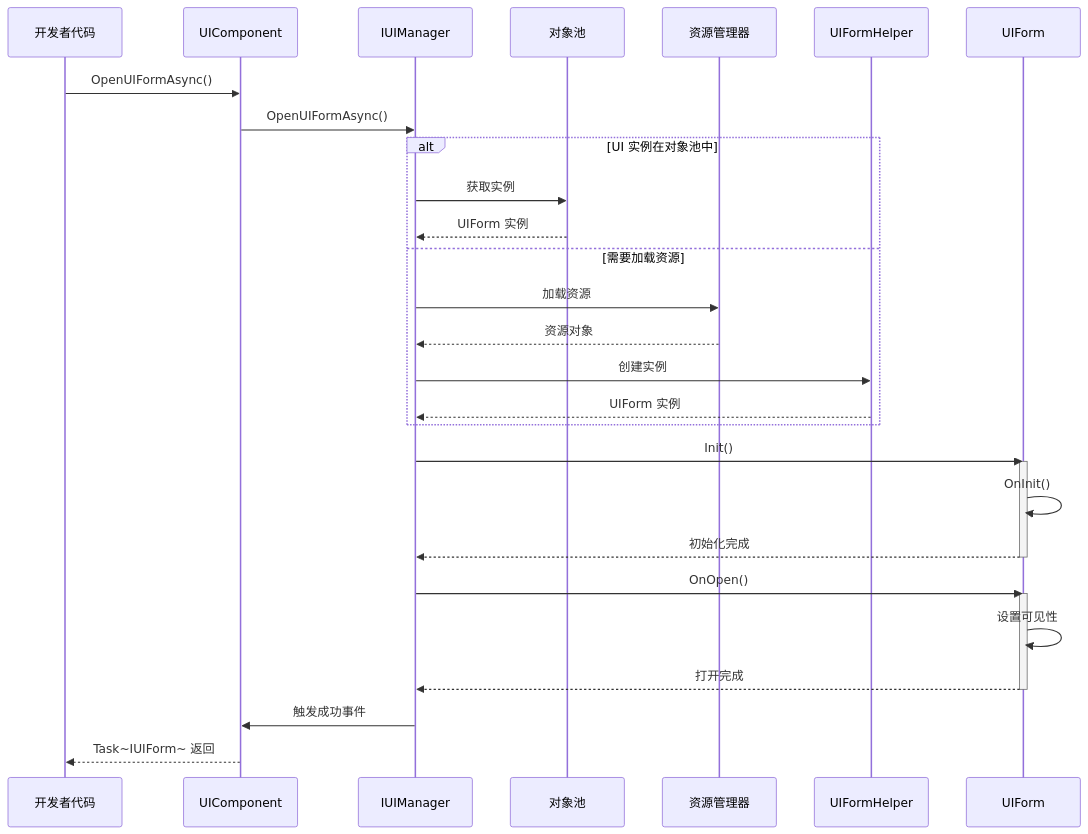
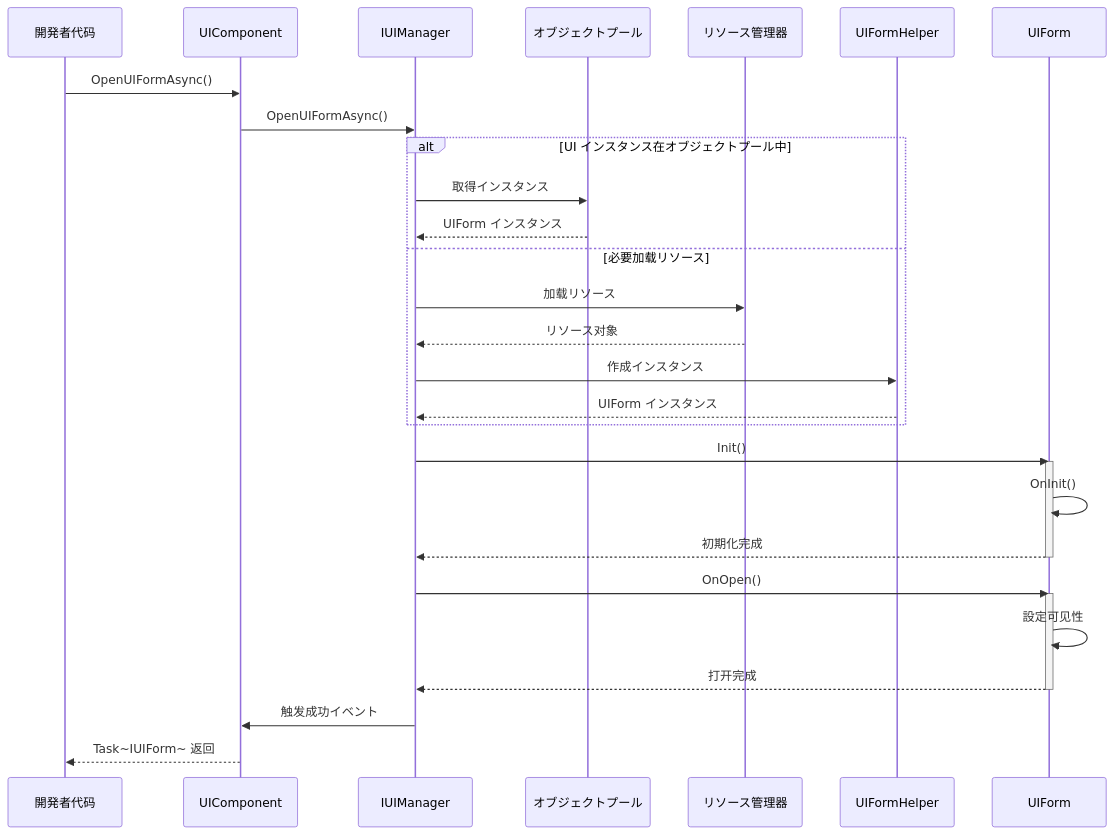
Before and after one commit to AlianBlank/GameFrameX.Docs: the fourth of 5 diagrams in docs/ja/client/unity/component/ui/01.overview.md, drawn with Mermaid. The commit also changed other lines of this file and 603 other files, not shown here.

````diff
--- a/docs/ja/client/unity/component/ui/01.overview.md
+++ b/docs/ja/client/unity/component/ui/01.overview.md
@@ -274,38 +274,38 @@
 ```mermaid
 sequenceDiagram
-    participant Client as 开发者代码
+    participant Client as 開発者代码
     participant UIComp as UIComponent
     participant Manager as IUIManager
-    participant Pool as 对象池
-    participant Asset as 资源管理器
+    participant Pool as オブジェクトプール
+    participant Asset as リソース管理器
     participant Helper as UIFormHelper
     participant Form as UIForm
 
     Client->>UIComp: OpenUIFormAsync()
     UIComp->>Manager: OpenUIFormAsync()
     
-    alt UI 实例在对象池中
-        Manager->>Pool: 获取实例
-        Pool-->>Manager: UIForm 实例
-    else 需要加载资源
-        Manager->>Asset: 加载资源
-        Asset-->>Manager: 资源对象
-        Manager->>Helper: 创建实例
-        Helper-->>Manager: UIForm 实例
+    alt UI インスタンス在オブジェクトプール中
+        Manager->>Pool: 取得インスタンス
+        Pool-->>Manager: UIForm インスタンス
+    else 必要加载リソース
+        Manager->>Asset: 加载リソース
+        Asset-->>Manager: リソース对象
+        Manager->>Helper: 作成インスタンス
+        Helper-->>Manager: UIForm インスタンス
     end
     
     Manager->>Form: Init()
     activate Form
     Form->>Form: OnInit()
-    Form-->>Manager: 初始化完成
+    Form-->>Manager: 初期化完成
     deactivate Form
     
     Manager->>Form: OnOpen()
     activate Form
-    Form->>Form: 设置可见性
+    Form->>Form: 設定可见性
     Form-->>Manager: 打开完成
     deactivate Form
     
-    Manager->>UIComp: 触发成功事件
+    Manager->>UIComp: 触发成功イベント
     UIComp-->>Client: Task~IUIForm~ 返回
 ```
````
